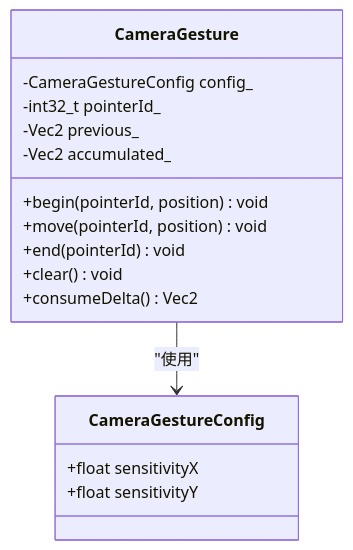
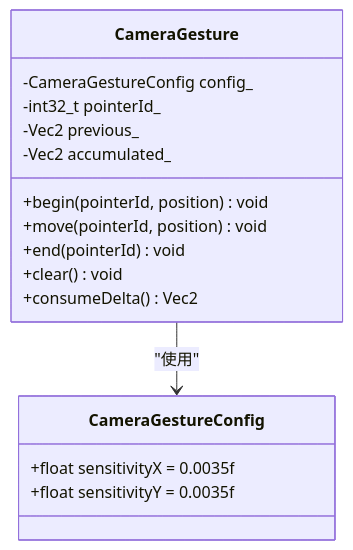
One commit to sj123sheng/my-world changed the third of 8 diagrams in .qoder/repowiki/zh/content/输入处理系统/相机手势识别.md. Above: the diagram before and after it, drawn with Mermaid. The commit also changed other lines of this file and 28 other files, not shown here.

````diff
--- a/.qoder/repowiki/zh/content/输入处理系统/相机手势识别.md
+++ b/.qoder/repowiki/zh/content/输入处理系统/相机手势识别.md
@@ -133,19 +159,19 @@
 ```mermaid
 classDiagram
 class CameraGestureConfig {
-+float sensitivityX
-+float sensitivityY
++float sensitivityX = 0.0035f
++float sensitivityY = 0.0035f
 }
 class CameraGesture {
 -CameraGestureConfig config_
 -int32_t pointerId_
 -Vec2 previous_
 -Vec2 accumulated_
 +begin(pointerId, position) void
 +move(pointerId, position) void
 +end(pointerId) void
 +clear() void
 +consumeDelta() Vec2
 }
 CameraGesture --> CameraGestureConfig : "使用"
 ```
````
